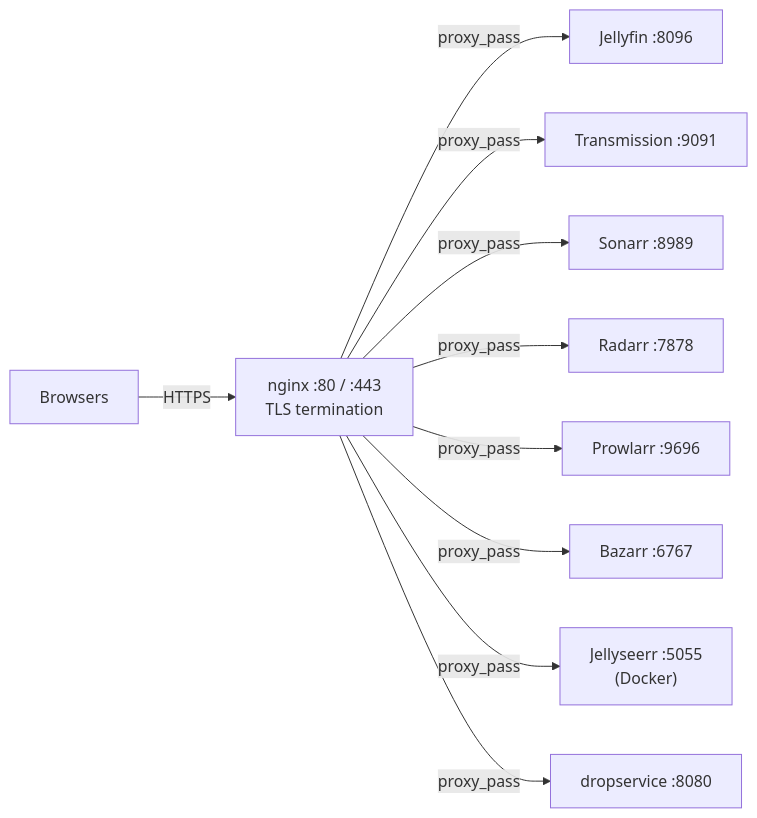
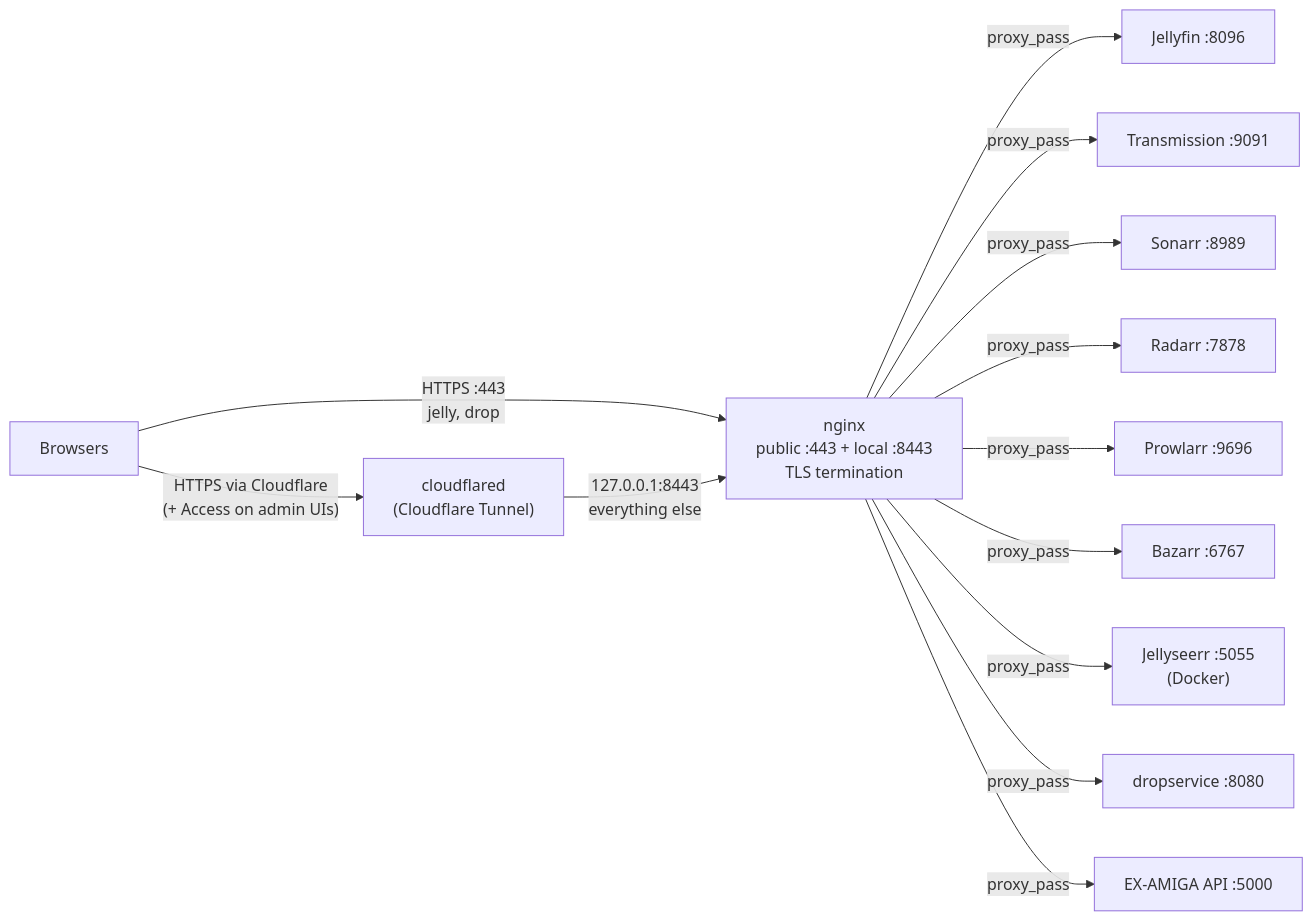
One commit to sillyash/homelab changed the diagram in services/nginx/README.md. Above: the diagram before and after it, drawn with Mermaid. The commit also changed other lines of this file and 18 other files, not shown here.

First line of the commit message:
feat: route admin UIs, Jellyseerr and EX-AMIGA API through Cloudflare Tunnel

````diff
--- a/services/nginx/README.md
+++ b/services/nginx/README.md
@@ -30,24 +44,29 @@
 ```mermaid
 graph LR
     clients["Browsers"]
 
-    nginx["nginx :80 / :443<br>TLS termination"]
+    cloudflared["cloudflared<br>(Cloudflare Tunnel)"]
+    nginx["nginx<br>public :443 + local :8443<br>TLS termination"]
     jellyfin["Jellyfin :8096"]
     transmission["Transmission :9091"]
     sonarr["Sonarr :8989"]
     radarr["Radarr :7878"]
     prowlarr["Prowlarr :9696"]
     bazarr["Bazarr :6767"]
     jellyseerr["Jellyseerr :5055<br>(Docker)"]
     dropservice["dropservice :8080"]
+    examiga["EX-AMIGA API :5000"]
 
-    clients -->|HTTPS| nginx
+    clients -->|"HTTPS :443<br>jelly, drop"| nginx
+    clients -->|"HTTPS via Cloudflare<br>(+ Access on admin UIs)"| cloudflared
+    cloudflared -->|"127.0.0.1:8443<br>everything else"| nginx
     nginx -->|proxy_pass| jellyfin
     nginx -->|proxy_pass| transmission
     nginx -->|proxy_pass| sonarr
     nginx -->|proxy_pass| radarr
     nginx -->|proxy_pass| prowlarr
     nginx -->|proxy_pass| bazarr
     nginx -->|proxy_pass| jellyseerr
     nginx -->|proxy_pass| dropservice
+    nginx -->|proxy_pass| examiga
 ```
````
